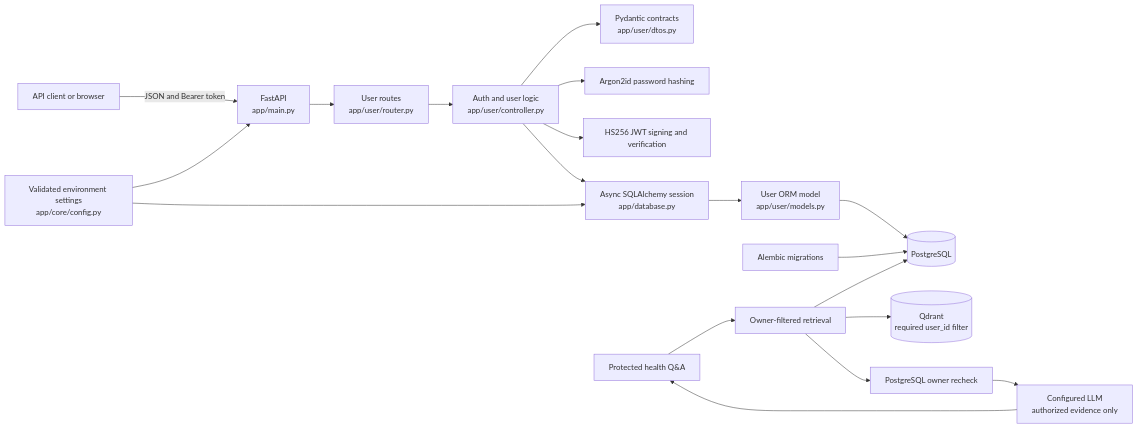
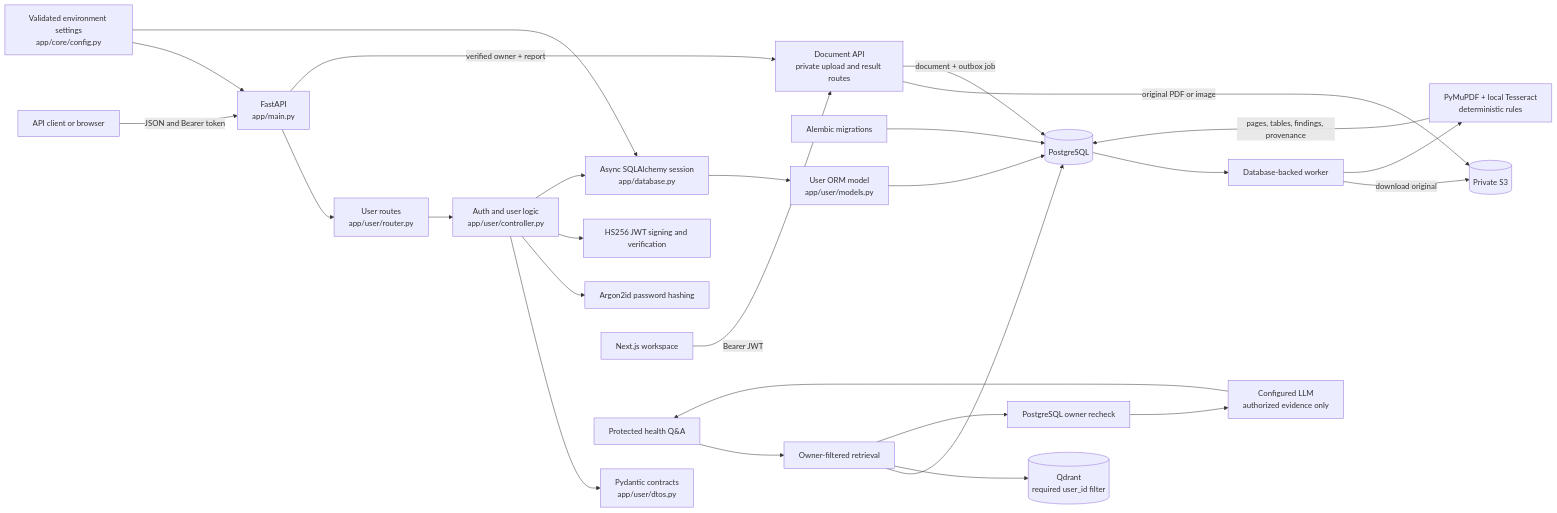
Before and after one commit to singhdeepesh20/Niramaya-AI: the diagram in README.md, drawn with Mermaid. The commit also changed other lines of this file, not shown here.

Commit message:
docs: document offline report processing workflow

````diff
--- a/README.md
+++ b/README.md
@@ -9,21 +9,29 @@
 ```mermaid
 flowchart LR
     Client[API client or browser] -->|JSON and Bearer token| API[FastAPI<br/>app/main.py]
     API --> Router[User routes<br/>app/user/router.py]
     Router --> Controller[Auth and user logic<br/>app/user/controller.py]
     Controller --> DTO[Pydantic contracts<br/>app/user/dtos.py]
     Controller --> Hash[Argon2id password hashing]
     Controller --> JWT[HS256 JWT signing and verification]
     Controller --> Session[Async SQLAlchemy session<br/>app/database.py]
     Session --> Model[User ORM model<br/>app/user/models.py]
     Model --> Postgres[(PostgreSQL)]
     Settings[Validated environment settings<br/>app/core/config.py] --> API
     Settings --> Session
     Migrations[Alembic migrations] --> Postgres
+    API -->|verified owner + report| StorageAPI[Document API<br/>private upload and result routes]
+    StorageAPI -->|original PDF or image| S3[(Private S3)]
+    StorageAPI -->|document + outbox job| Postgres
+    Postgres --> Worker[Database-backed worker]
+    Worker -->|download original| S3
+    Worker --> Parser[PyMuPDF + local Tesseract<br/>deterministic rules]
+    Parser -->|pages, tables, findings, provenance| Postgres
+    Browser[Next.js workspace] -->|Bearer JWT| StorageAPI
     Health[Protected health Q&A] --> Retrieval[Owner-filtered retrieval]
     Retrieval --> Postgres
     Retrieval --> Qdrant[(Qdrant<br/>required user_id filter)]
     Retrieval --> Verify[PostgreSQL owner recheck]
     Verify --> LLM[Configured LLM<br/>authorized evidence only]
     LLM --> Health
 ```
````
